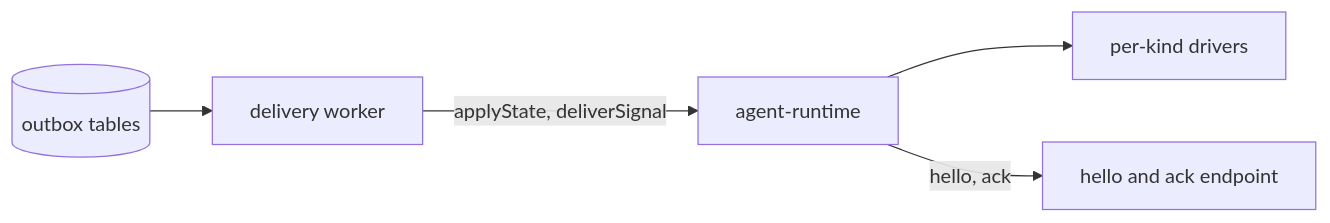
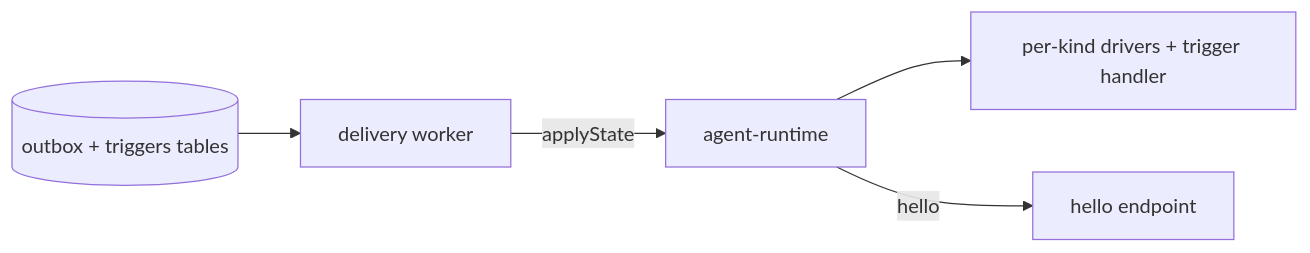
Before and after one commit to dam-agents/dam: the second of 6 diagrams in docs/architecture/connections.md, drawn with Mermaid. The commit also changed other lines of this file and 4 other files, not shown here.

````diff
--- a/docs/architecture/connections.md
+++ b/docs/architecture/connections.md
@@ -48,13 +48,13 @@
 ```mermaid
 flowchart LR
-  outbox[(outbox tables)]
+  outbox[(outbox + triggers tables)]
   worker[delivery worker]
   rt[agent-runtime]
-  drivers[per-kind drivers]
-  hello[hello and ack endpoint]
+  drivers[per-kind drivers + trigger handler]
+  hello[hello endpoint]
 
   outbox --> worker
-  worker -->|applyState, deliverSignal| rt
+  worker -->|applyState| rt
   rt --> drivers
-  rt -->|hello, ack| hello
+  rt -->|hello| hello
 ```
````
